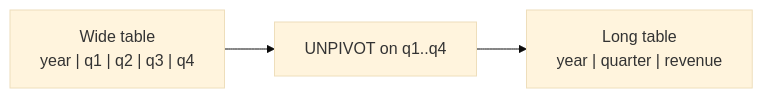
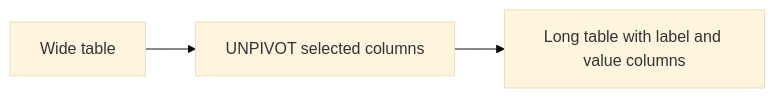
The diagram in spark-sql/docs/querying/aggregation/pivoting/unpivot.md (mahfooziiitian/spark-batch), drawn with Mermaid (base theme) before and after one commit. The commit also changed other lines of this file and 809 other files, not shown here.

````diff
--- a/spark-sql/docs/querying/aggregation/pivoting/unpivot.md
+++ b/spark-sql/docs/querying/aggregation/pivoting/unpivot.md
@@ -9,5 +9,5 @@
 ```mermaid
 graph LR
-    A["Wide table<br/>year | q1 | q2 | q3 | q4"] --> B["UNPIVOT on q1..q4"]
-    B --> C["Long table<br/>year | quarter | revenue"]
+    A[Wide table] --> B[UNPIVOT selected columns]
+    B --> C[Long table with label and value columns]
 ```
````
